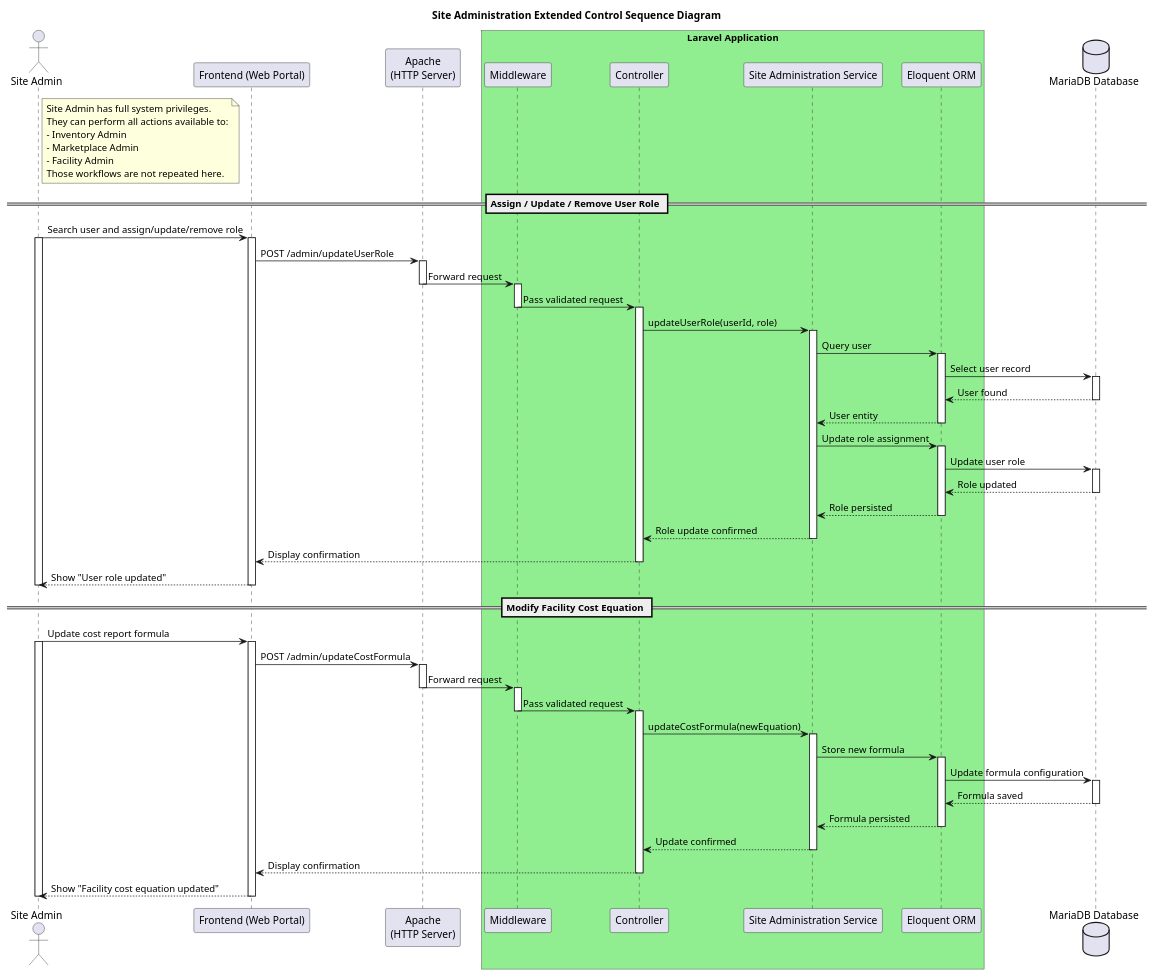
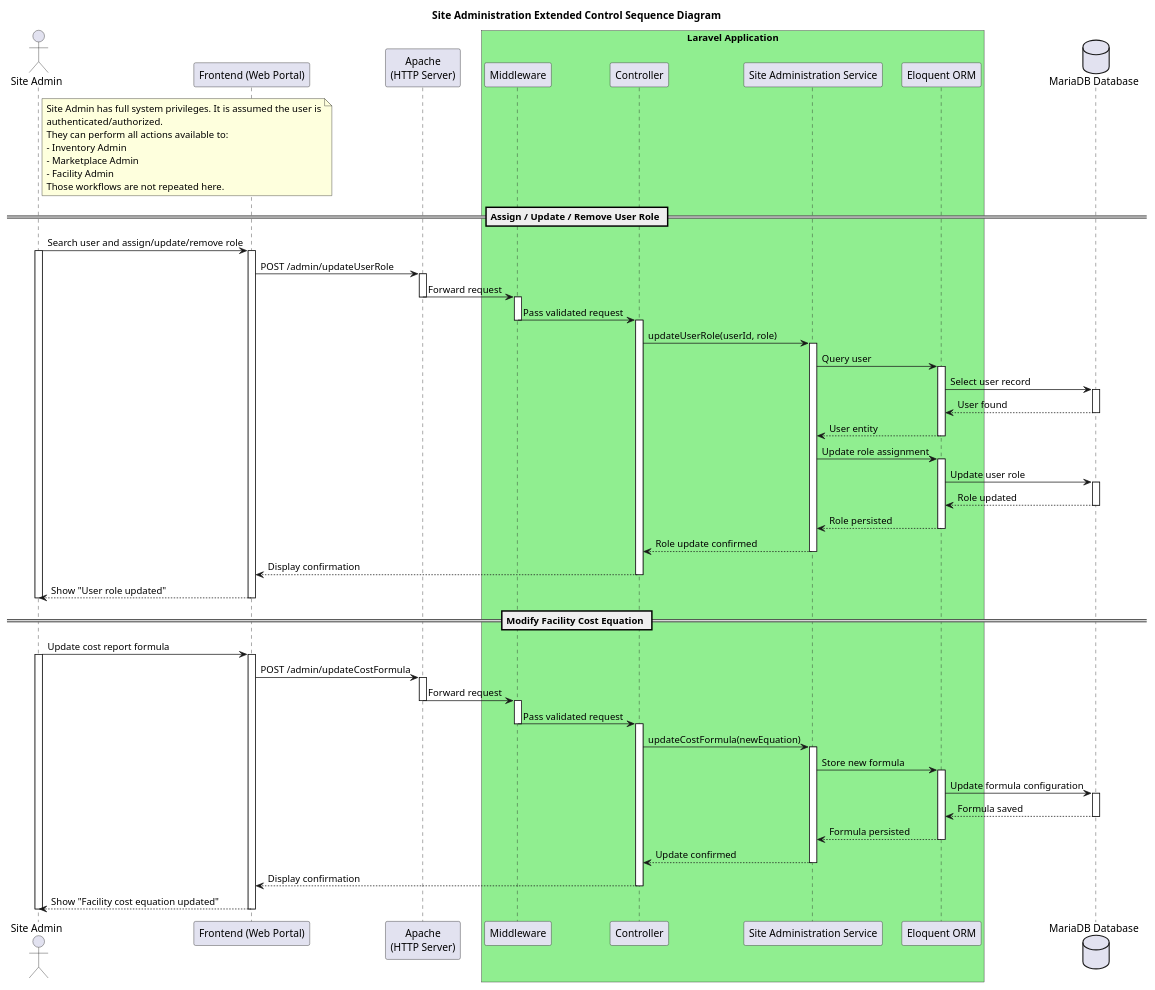
The diagram in sequenceDiagram/Site_Admin_Sequence.puml (JanPerez35/PlantUML), drawn with PlantUML before and after one commit. The commit also changed 8 other files, not shown here.

```diff
--- a/sequenceDiagram/Site_Admin_Sequence.puml
+++ b/sequenceDiagram/Site_Admin_Sequence.puml
@@ -1,111 +1,112 @@
 @startuml
 
 title Site Administration Extended Control Sequence Diagram
 
 actor "Site Admin" as Admin
 
 participant "Frontend (Web Portal)" as FE
 participant "Apache\n(HTTP Server)" as Apache
 
 box "Laravel Application" #LightGreen
   participant "Middleware" as MW
   participant "Controller" as C
   participant "Site Administration Service" as Service
   participant "Eloquent ORM" as ORM
 end box
 
 database "MariaDB Database" as DB
 
 note right of Admin
-Site Admin has full system privileges.
+Site Admin has full system privileges. It is assumed the user is
+authenticated/authorized.
 They can perform all actions available to:
 - Inventory Admin
 - Marketplace Admin
 - Facility Admin
 Those workflows are not repeated here.
 end note
 
 
 == Assign / Update / Remove User Role ==
 Admin -> FE: Search user and assign/update/remove role
 activate Admin
 activate FE
 
 FE -> Apache: POST /admin/updateUserRole
 activate Apache
 Apache -> MW: Forward request
 deactivate Apache
 
 activate MW
 MW -> C: Pass validated request
 deactivate MW
 
 activate C
 C -> Service: updateUserRole(userId, role)
 activate Service
 
 Service -> ORM: Query user
 activate ORM
 ORM -> DB: Select user record
 activate DB
 DB --> ORM: User found
 deactivate DB
 ORM --> Service: User entity
 deactivate ORM
 
 Service -> ORM: Update role assignment
 activate ORM
 ORM -> DB: Update user role
 activate DB
 DB --> ORM: Role updated
 deactivate DB
 ORM --> Service: Role persisted
 deactivate ORM
 
 Service --> C: Role update confirmed
 deactivate Service
 C --> FE: Display confirmation
 deactivate C
 
 FE --> Admin: Show "User role updated"
 deactivate FE
 deactivate Admin
 
 
 == Modify Facility Cost Equation ==
 Admin -> FE: Update cost report formula
 activate Admin
 activate FE
 
 FE -> Apache: POST /admin/updateCostFormula
 activate Apache
 Apache -> MW: Forward request
 deactivate Apache
 
 activate MW
 MW -> C: Pass validated request
 deactivate MW
 
 activate C
 C -> Service: updateCostFormula(newEquation)
 activate Service
 
 Service -> ORM: Store new formula
 activate ORM
 ORM -> DB: Update formula configuration
 activate DB
 DB --> ORM: Formula saved
 deactivate DB
 ORM --> Service: Formula persisted
 deactivate ORM
 
 Service --> C: Update confirmed
 deactivate Service
 C --> FE: Display confirmation
 deactivate C
 
 FE --> Admin: Show "Facility cost equation updated"
 deactivate FE
 deactivate Admin
 
 @enduml
```
